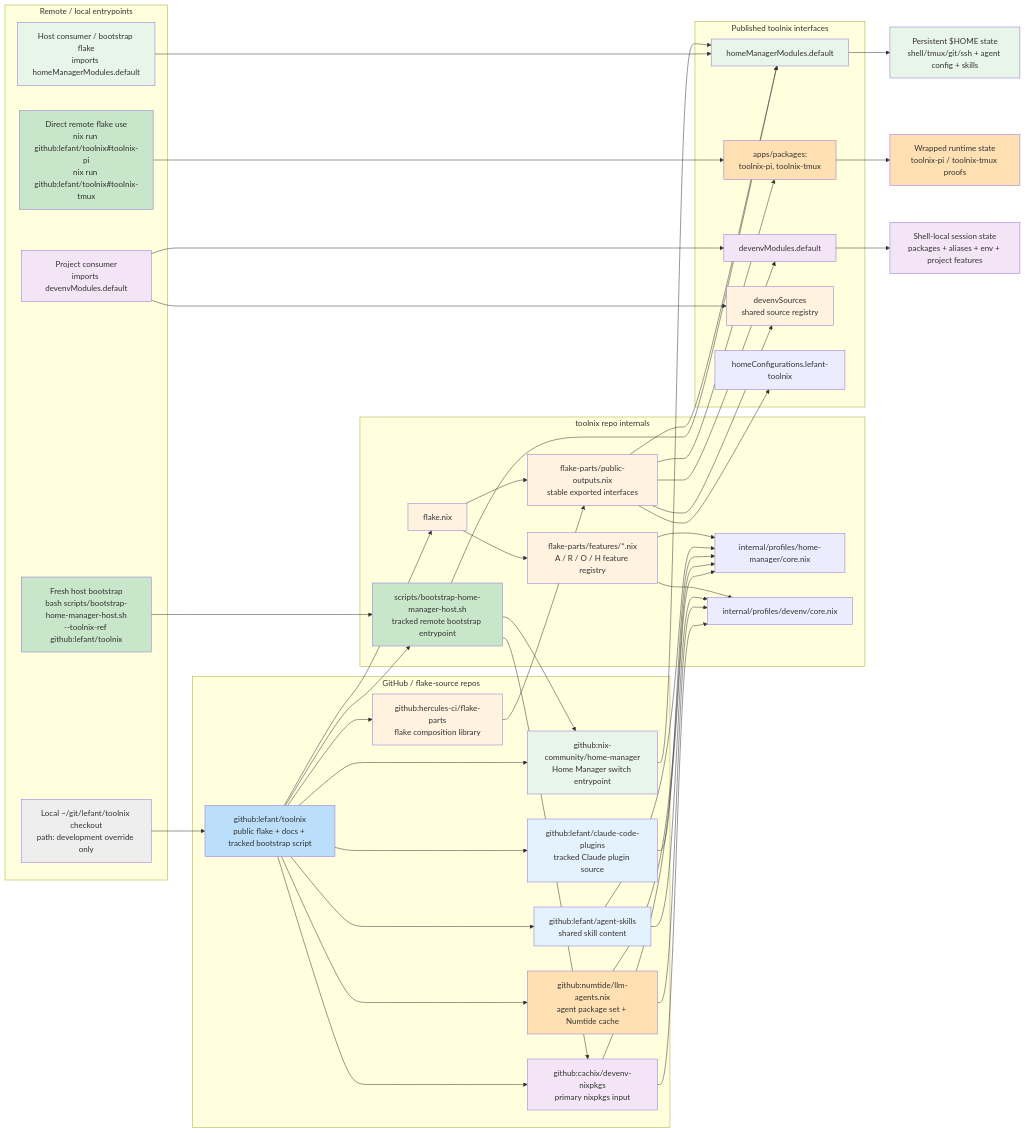
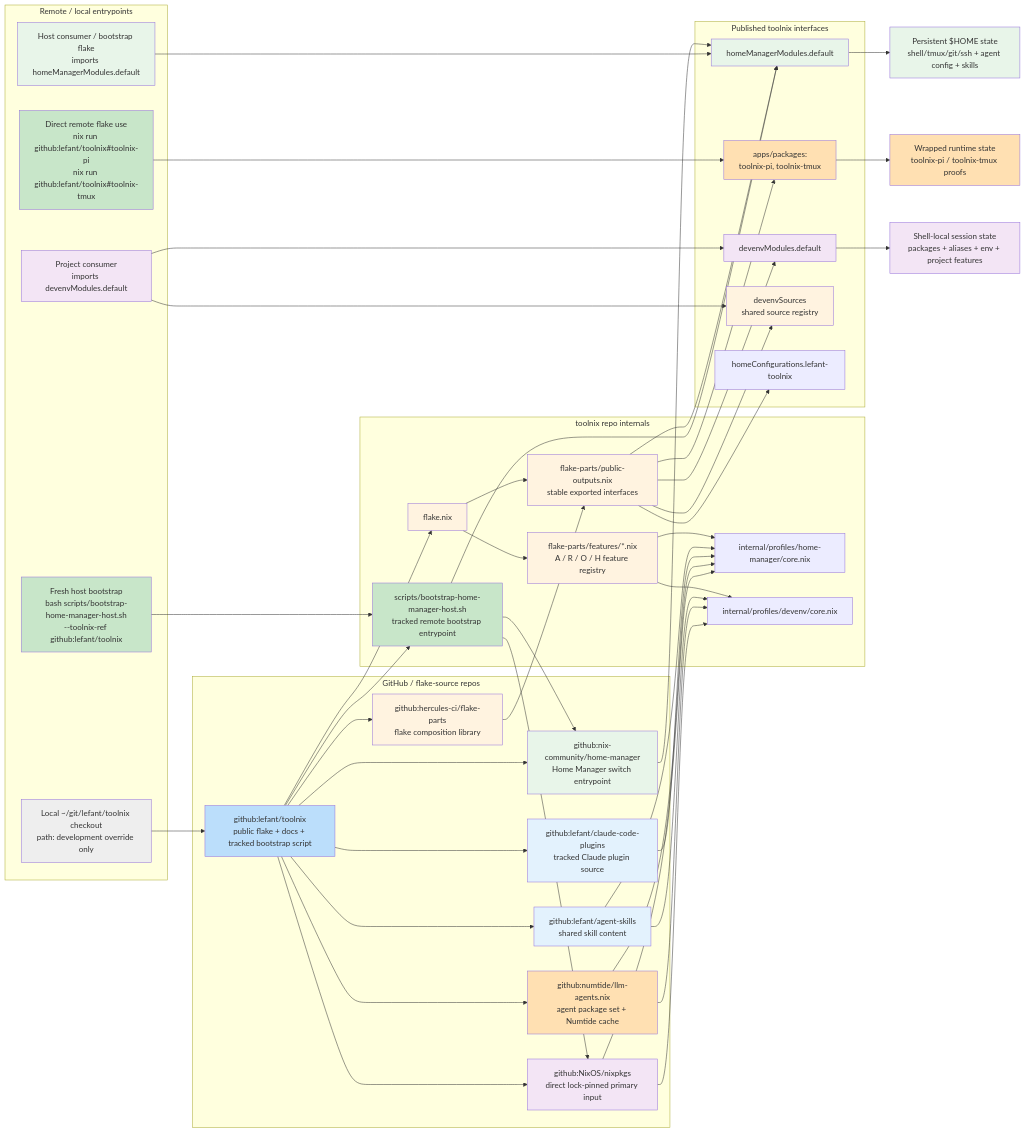
The diagram in docs/reference/architecture.md (lefant/toolnix), drawn with Mermaid before and after one commit. The commit also changed other lines of this file and 22 other files, not shown here.

```diff
--- a/docs/reference/architecture.md
+++ b/docs/reference/architecture.md
@@ -26,7 +26,7 @@
       CLAUDE_PLUGINS["github:lefant/claude-code-plugins<br/>tracked Claude plugin source"]
       LLM_AGENTS["github:numtide/llm-agents.nix<br/>agent package set + Numtide cache"]
       HOME_MANAGER["github:nix-community/home-manager<br/>Home Manager switch entrypoint"]
-      NIXPKGS["github:cachix/devenv-nixpkgs<br/>primary nixpkgs input"]
+      NIXPKGS["github:NixOS/nixpkgs<br/>direct lock-pinned primary input"]
       FLAKE_PARTS_UP["github:hercules-ci/flake-parts<br/>flake composition library"]
     end
 
```
